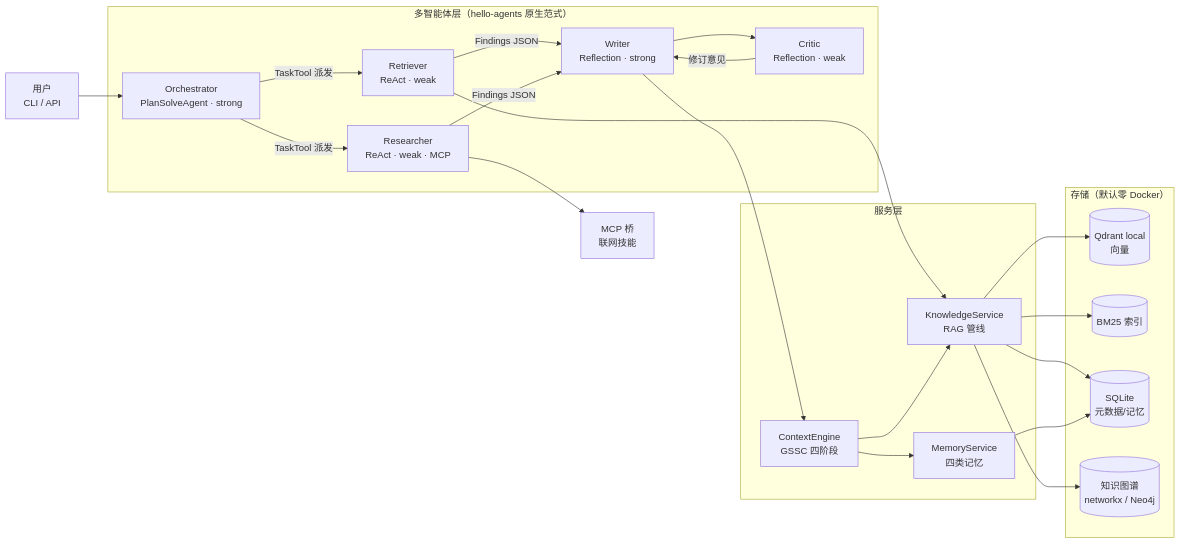
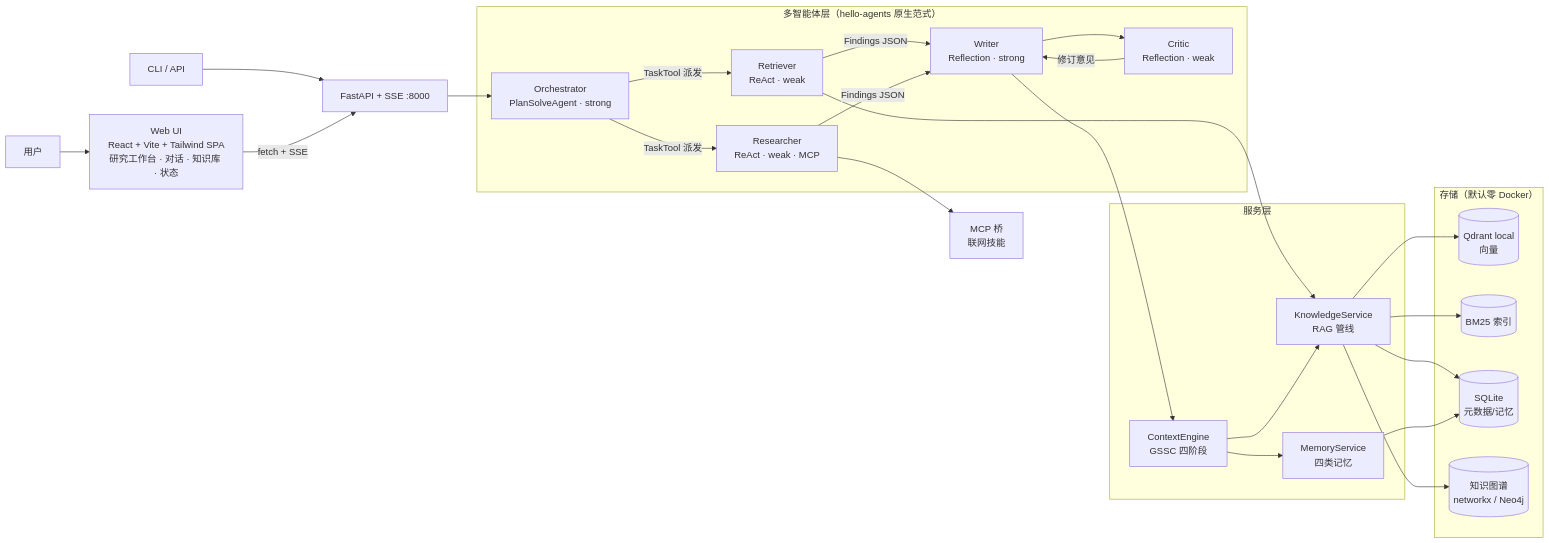
The first of 2 diagrams in README.md (EthyleneC2H4/Cortex), drawn with Mermaid before and after one commit. The commit also changed other lines of this file and 66 other files, not shown here.

First line of the commit message:
feat(web): Web UI 四页工作台 + API 阶段进度/对话/文档端点

````diff
--- a/README.md
+++ b/README.md
@@ -31,37 +31,41 @@
 ```mermaid
 flowchart LR
-    U["用户<br/>CLI / API"] --> ORCH
+    U["用户"] --> WEB
+    U2["CLI / API"] --> SRV
+    WEB["Web UI<br/>React + Vite + Tailwind SPA<br/>研究工作台 · 对话 · 知识库 · 状态"]
+    WEB -->|"fetch + SSE"| SRV["FastAPI + SSE :8000"]
+    SRV --> ORCH
 
     subgraph AGENTS["多智能体层（hello-agents 原生范式）"]
         ORCH["Orchestrator<br/>PlanSolveAgent · strong"]
         RET["Retriever<br/>ReAct · weak"]
         RES["Researcher<br/>ReAct · weak · MCP"]
         WRT["Writer<br/>Reflection · strong"]
         CRT["Critic<br/>Reflection · weak"]
         ORCH -->|"TaskTool 派发"| RET & RES
         RET & RES -->|"Findings JSON"| WRT
         WRT --> CRT
         CRT -->|"修订意见"| WRT
     end
 
     subgraph SVC["服务层"]
         KS["KnowledgeService<br/>RAG 管线"]
         MS["MemoryService<br/>四类记忆"]
         CE["ContextEngine<br/>GSSC 四阶段"]
     end
 
     RET --> KS
     RES --> MCP["MCP 桥<br/>联网技能"]
     WRT --> CE
     CE --> MS & KS
 
     subgraph STORE["存储（默认零 Docker）"]
         QD[("Qdrant local<br/>向量")]
         BM[("BM25 索引")]
         SQ[("SQLite<br/>元数据/记忆")]
         GP[("知识图谱<br/>networkx / Neo4j")]
     end
 
     KS --> QD & BM & SQ & GP
     MS --> SQ
 ```
````
